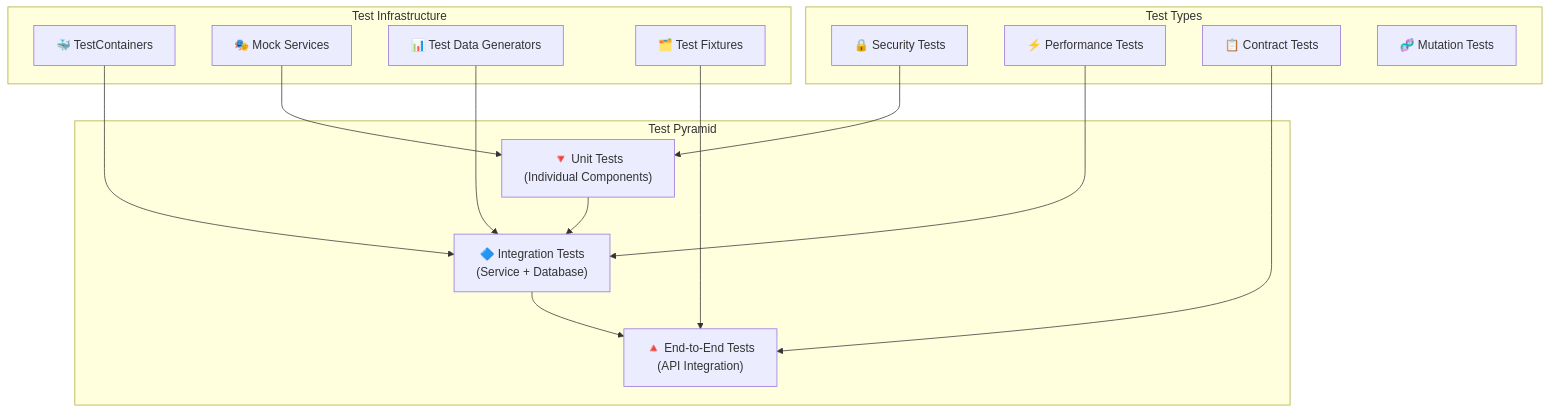
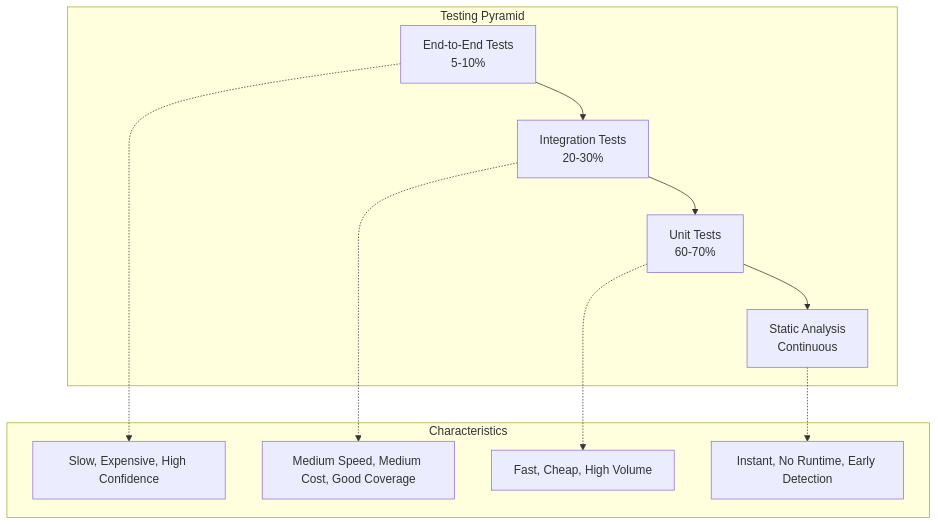
Before and after one commit to flamingo-stack/openframe-oss-lib: the diagram in docs/development/testing/README.md, drawn with Mermaid. The commit also changed other lines of this file and 212 other files, not shown here.

````diff
--- a/docs/development/testing/README.md
+++ b/docs/development/testing/README.md
@@ -9,34 +11,25 @@
 ```mermaid
-flowchart TD
-    subgraph "Test Pyramid"
-        E2E["🔺 End-to-End Tests<br/>(API Integration)"]
-        Integration["🔷 Integration Tests<br/>(Service + Database)"]
-        Unit["🔻 Unit Tests<br/>(Individual Components)"]
+graph TD
+    subgraph "Testing Pyramid"
+        E2E[End-to-End Tests<br/>5-10%]
+        Integration[Integration Tests<br/>20-30%]
+        Unit[Unit Tests<br/>60-70%]
+        Static[Static Analysis<br/>Continuous]
     end
-
-    subgraph "Test Types"
-        Security["🔒 Security Tests"]
-        Performance["⚡ Performance Tests"]
-        Contract["📋 Contract Tests"]
-        Mutation["🧬 Mutation Tests"]
+    
+    E2E --> Integration
+    Integration --> Unit
+    Unit --> Static
+    
+    subgraph "Characteristics"
+        E2E_Char[Slow, Expensive, High Confidence]
+        Int_Char[Medium Speed, Medium Cost, Good Coverage]
+        Unit_Char[Fast, Cheap, High Volume]
+        Static_Char[Instant, No Runtime, Early Detection]
     end
-
-    subgraph "Test Infrastructure"
-        TestContainers["🐳 TestContainers"]
-        MockServices["🎭 Mock Services"]
-        TestData["📊 Test Data Generators"]
-        Fixtures["🗂️ Test Fixtures"]
-    end
-
-    Unit --> Integration
-    Integration --> E2E
     
-    Security --> Unit
-    Performance --> Integration
-    Contract --> E2E
-    
-    TestContainers --> Integration
-    MockServices --> Unit
-    TestData --> Integration
-    Fixtures --> E2E
+    E2E -.-> E2E_Char
+    Integration -.-> Int_Char
+    Unit -.-> Unit_Char
+    Static -.-> Static_Char
 ```
````
